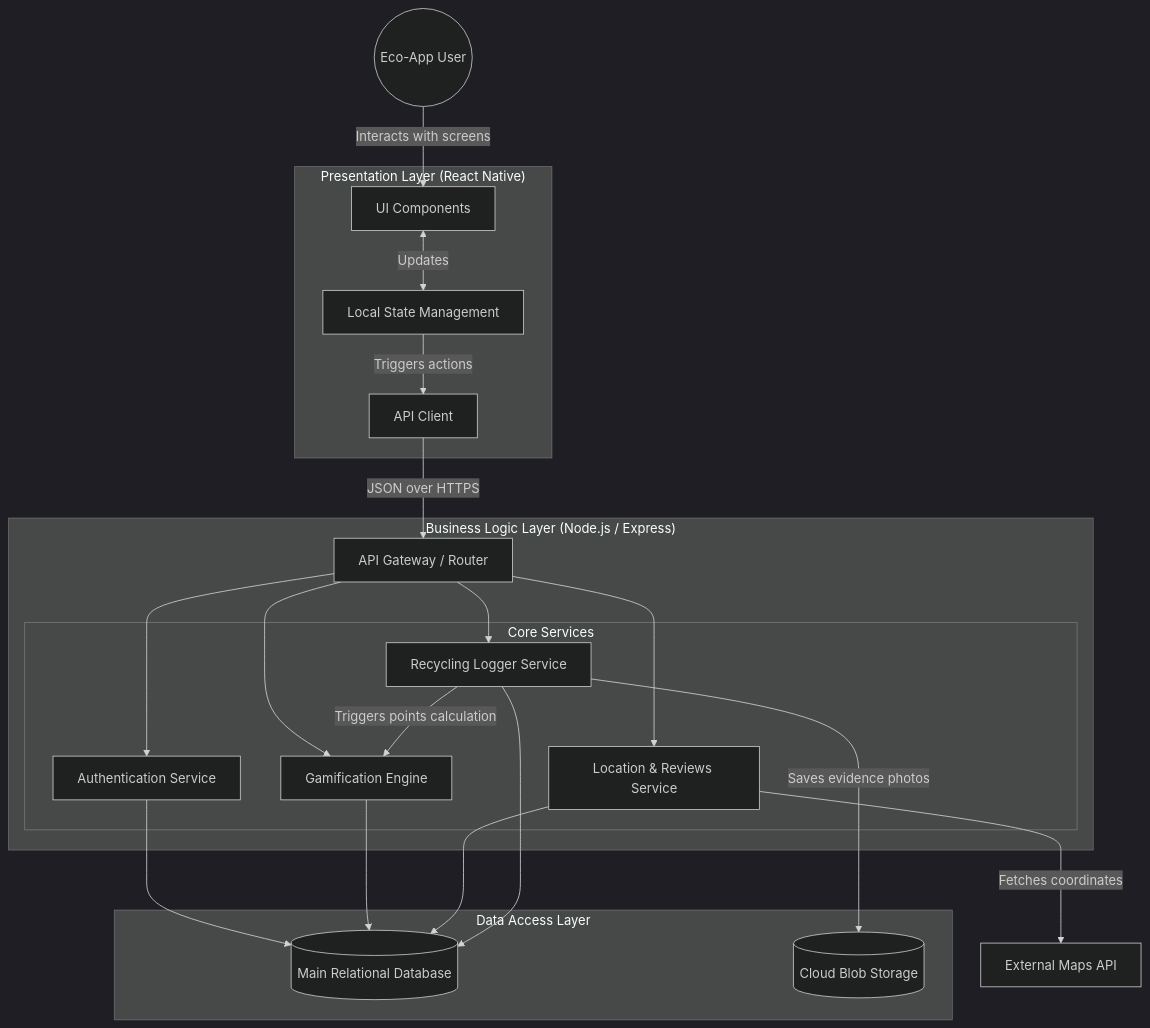
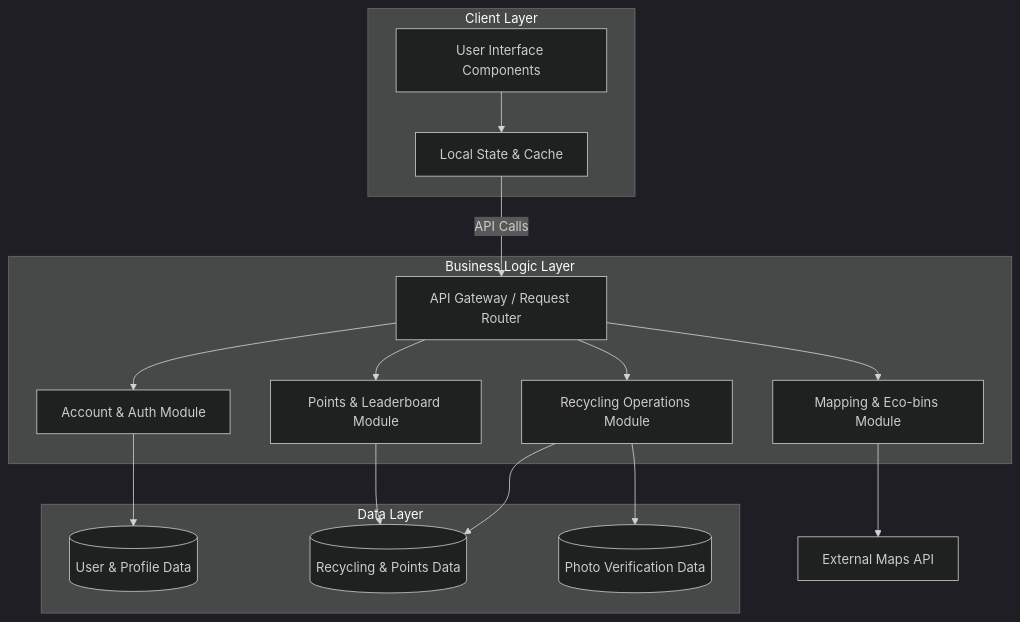
One commit to LEIC-ES-2025-26-2LEIC16/T1 changed the diagram in README.md. Above: the diagram before and after it, drawn with Mermaid (dark theme).

Commit message:
nova arquitetura lógica (temporária, por confirmar)

````diff
--- a/README.md
+++ b/README.md
@@ -107,58 +108,44 @@
 ```mermaid
-flowchart TB
-    %% Core User
-    User((Eco-App User))
-
-    %% 1. Presentation Layer (Mobile App)
-    subgraph Presentation ["Presentation Layer (React Native)"]
-        UI[UI Components]
-        State[Local State Management]
-        APIClient[API Client]
+flowchart TD
+    %% Client side logic
+    subgraph ClientLayer ["Client Layer"]
+        UI["User Interface Components"]
+        State["Local State & Cache"]
     end
 
-    %% 2. Business Logic Layer (Backend)
-    subgraph BusinessLogic ["Business Logic Layer (Node.js / Express)"]
-        Gateway[API Gateway / Router]
+    %% Backend business modules
+    subgraph BusinessLogicLayer ["Business Logic Layer"]
+        Gateway["API Gateway / Request Router"]
         
-        subgraph CoreServices ["Core Services"]
-            Auth[Authentication Service]
-            RecycleLog[Recycling Logger Service]
-            Points[Gamification Engine]
-            GeoMap[Location & Reviews Service]
-        end
+        AuthModule["Account & Auth Module"]
+        RecyclingModule["Recycling Operations Module"]
+        GamificationModule["Points & Leaderboard Module"]
+        MapModule["Mapping & Eco-bins Module"]
     end
 
-    %% 3. Data Access Layer
-    subgraph DataAccess ["Data Access Layer"]
-        MainDB[(Main Relational Database)]
-        PhotoStorage[(Cloud Blob Storage)]
+    %% Data management components
+    subgraph DataLayer ["Data Layer"]
+        UserDB[("User & Profile Data")]
+        ImpactDB[("Recycling & Points Data")]
+        BlobData[("Photo Verification Data")]
     end
 
-    %% External Systems
-    ExternalMaps[External Maps API]
+    %% External logical services
+    ExternalMap["External Maps API"]
 
-    %% Interactions and Data Flow
-    User -->|Interacts with screens| UI
-    UI <-->|Updates| State
-    State -->|Triggers actions| APIClient
+    %% Flow of data and requests
+    UI --> State
+    State -->|API Calls| Gateway
     
-    APIClient -->|JSON over HTTPS| Gateway
+    Gateway --> AuthModule
+    Gateway --> RecyclingModule
+    Gateway --> GamificationModule
+    Gateway --> MapModule
     
-    Gateway --> Auth
-    Gateway --> RecycleLog
-    Gateway --> Points
-    Gateway --> GeoMap
+    AuthModule --> UserDB
+    RecyclingModule --> ImpactDB
+    RecyclingModule --> BlobData
+    GamificationModule --> ImpactDB
     
-    %% Internal Logic dependencies
-    RecycleLog -->|Triggers points calculation| Points
-    
-    %% Database Connections
-    Auth --> MainDB
-    Points --> MainDB
-    GeoMap --> MainDB
-    RecycleLog --> MainDB
-    RecycleLog -->|Saves evidence photos| PhotoStorage
-    
-    %% External API Connection
-    GeoMap -->|Fetches coordinates| ExternalMaps
+    MapModule --> ExternalMap
 ```
````
